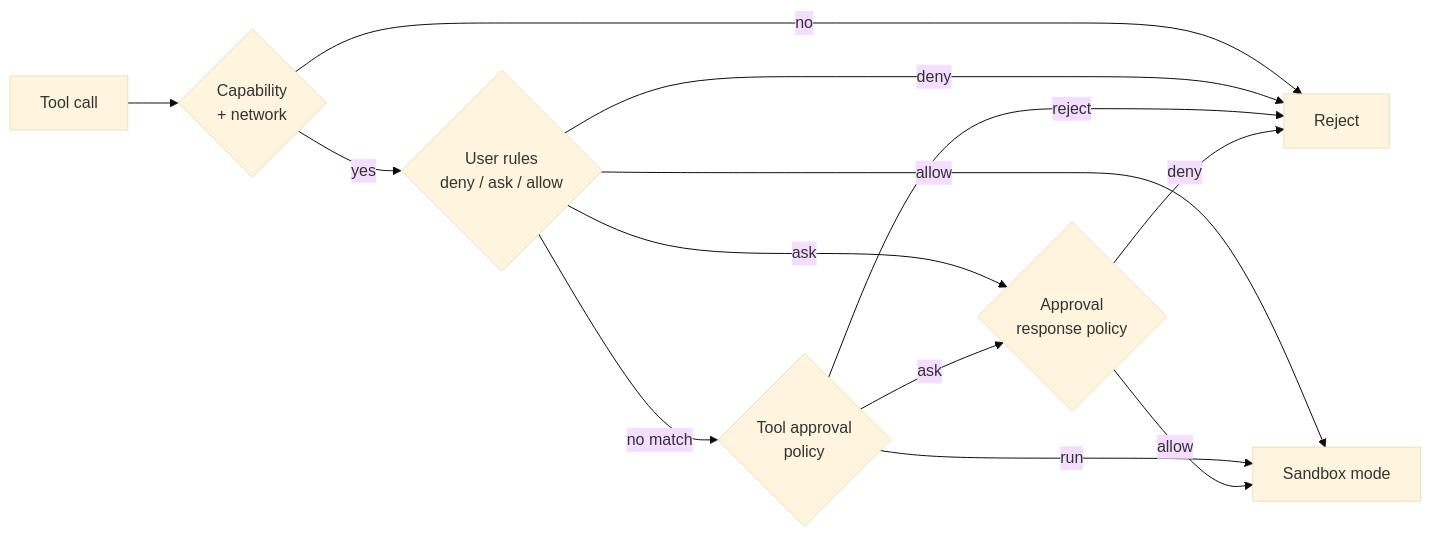
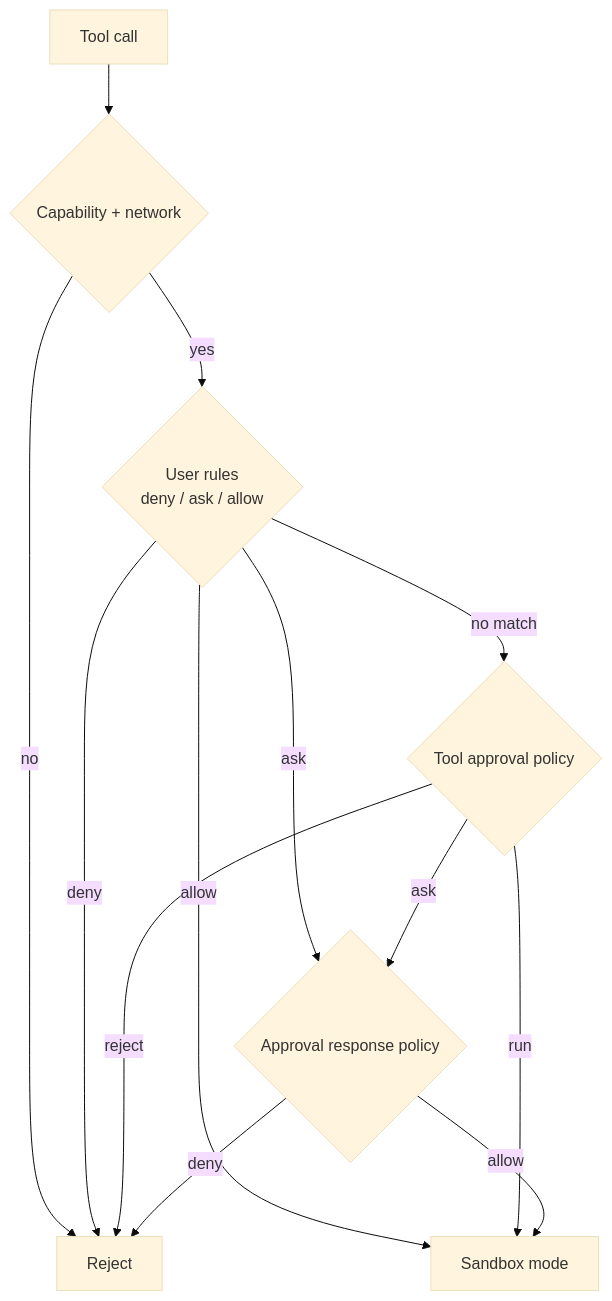
One commit to zeroDtree/comonad-vscode-extension changed the diagram in docs/guide/safety.md. Above: the diagram before and after it, drawn with Mermaid (base theme). The commit also changed 5 other files, not shown here.

First line of the commit message:
feat: enhance Mermaid configuration and rendering

````diff
--- a/docs/guide/safety.md
+++ b/docs/guide/safety.md
@@ -6,15 +6,15 @@
 ```mermaid
-flowchart LR
-  Call["Tool call"] --> Cap{"Capability<br/>+ network"}
+flowchart TB
+  Call["Tool call"] --> Cap{"Capability + network"}
   Cap -->|no| Reject["Reject"]
   Cap -->|yes| Rule{"User rules<br/>deny / ask / allow"}
   Rule -->|deny| Reject
-  Rule -->|ask| Response{"Approval<br/>response policy"}
+  Rule -->|ask| Response{"Approval response policy"}
   Rule -->|allow| Sandbox["Sandbox mode"]
-  Rule -->|no match| Approval{"Tool approval<br/>policy"}
+  Rule -->|no match| Approval{"Tool approval policy"}
   Approval -->|reject| Reject
   Approval -->|ask| Response
   Approval -->|run| Sandbox
   Response -->|deny| Reject
   Response -->|allow| Sandbox
 ```
````
